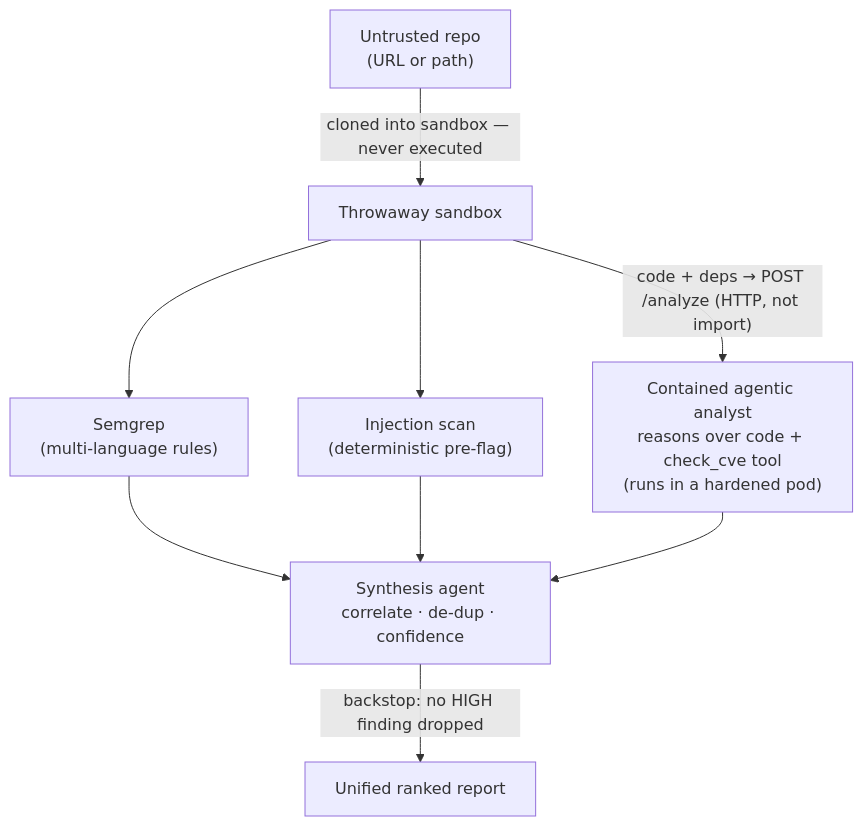
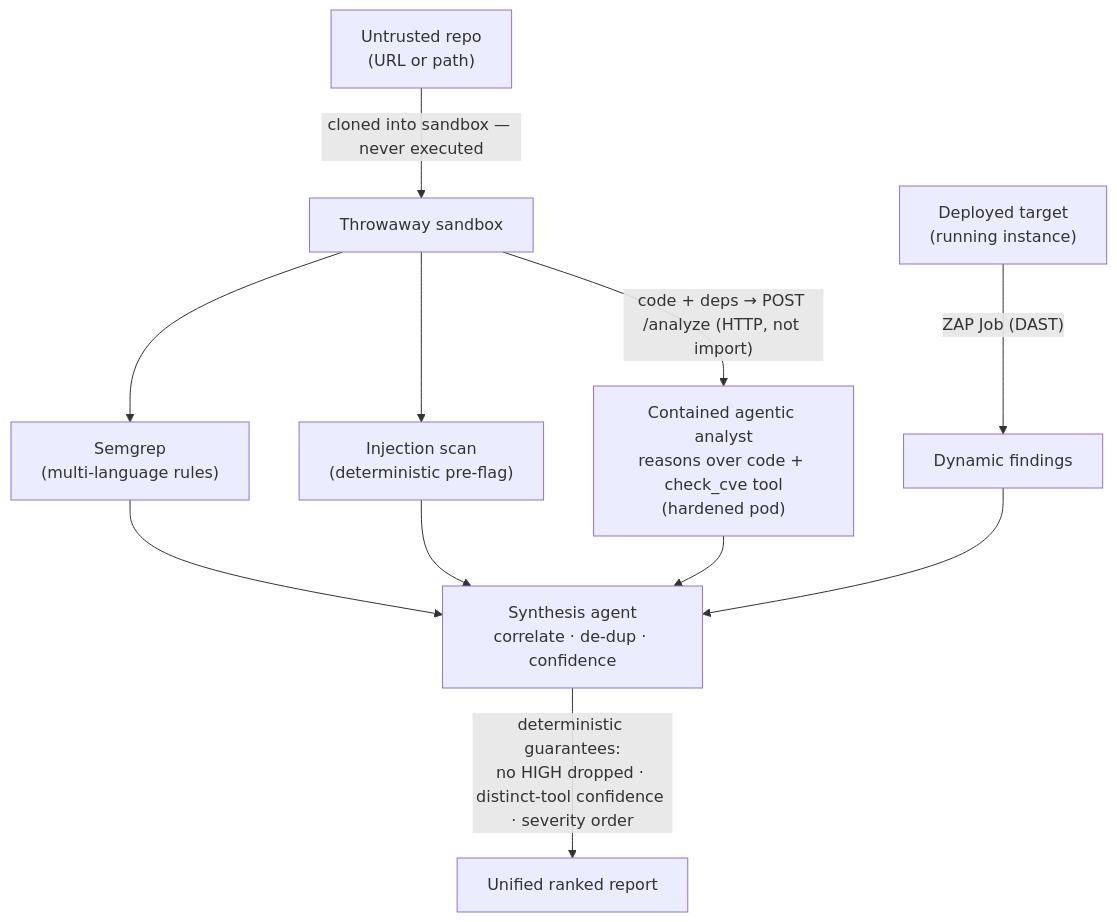
Before and after one commit to kent12112/codescan: the first of 2 diagrams in README.md, drawn with Mermaid. The commit also changed other lines of this file and 6 other files, not shown here.

Commit message:
Docs: DAST folded into unified report, deterministic guarantees, run-scan.sh, trusted-tooling namespace

````diff
--- a/README.md
+++ b/README.md
@@ -48,11 +54,13 @@
 ```mermaid
 flowchart TD
     A["Untrusted repo<br/>(URL or path)"] -->|"cloned into sandbox — never executed"| B["Throwaway sandbox"]
     B --> C["Semgrep<br/>(multi-language rules)"]
     B --> D["Injection scan<br/>(deterministic pre-flag)"]
-    B -->|"code + deps → POST /analyze (HTTP, not import)"| H["Contained agentic analyst<br/>reasons over code + check_cve tool<br/>(runs in a hardened pod)"]
+    B -->|"code + deps → POST /analyze (HTTP, not import)"| H["Contained agentic analyst<br/>reasons over code + check_cve tool<br/>(hardened pod)"]
+    T["Deployed target<br/>(running instance)"] -->|"ZAP Job (DAST)"| Z["Dynamic findings"]
     C --> F["Synthesis agent<br/>correlate · de-dup · confidence"]
     D --> F
     H --> F
-    F -->|"backstop: no HIGH finding dropped"| G["Unified ranked report"]
+    Z --> F
+    F -->|"deterministic guarantees:<br/>no HIGH dropped · distinct-tool confidence · severity order"| G["Unified ranked report"]
 ```
````
